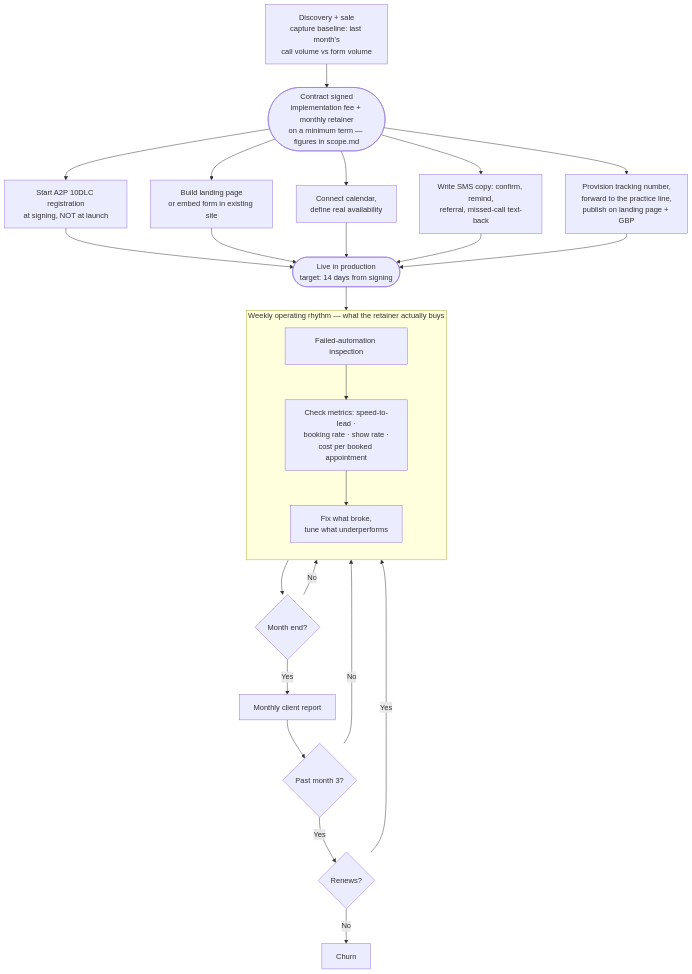
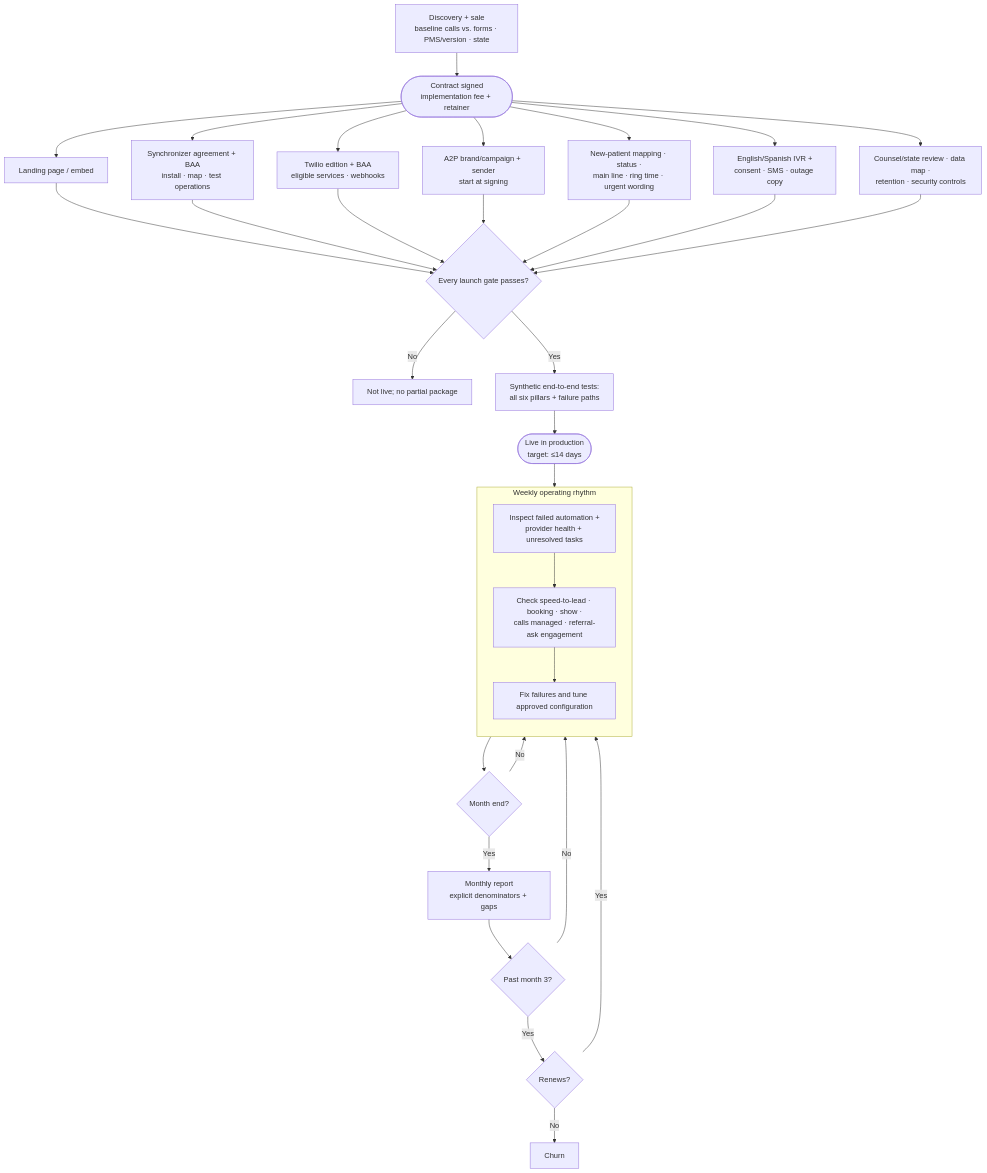
One commit to sequence-bridge/internal changed the third of 3 diagrams in out/flows.md. Above: the diagram before and after it, drawn with Mermaid. The commit also changed other lines of this file and 9 other files, not shown here.

Commit message:
docs: define v1 booking and phone contract

````diff
--- a/out/flows.md
+++ b/out/flows.md
@@ -125,35 +152,42 @@
 ```mermaid
 flowchart TD
-    subgraph rhythm["Weekly operating rhythm — what the retainer actually buys"]
+    SALE["Discovery + sale<br/>baseline calls vs. forms · PMS/version · state"] --> SIGN(["Contract signed<br/>implementation fee + retainer"])
+
+    SIGN --> PAGE["Landing page / embed"]
+    SIGN --> SYNC["Synchronizer agreement + BAA<br/>install · map · test operations"]
+    SIGN --> TWILIO["Twilio edition + BAA<br/>eligible services · webhooks"]
+    SIGN --> A2P["A2P brand/campaign + sender<br/>start at signing"]
+    SIGN --> CONFIG["New-patient mapping · status ·<br/>main line · ring time · urgent wording"]
+    SIGN --> COPY["English/Spanish IVR +<br/>consent · SMS · outage copy"]
+    SIGN --> COMPLY["Counsel/state review · data map ·<br/>retention · security controls"]
+
+    READY{"Every launch gate passes?"}
+    PAGE --> READY
+    SYNC --> READY
+    TWILIO --> READY
+    A2P --> READY
+    CONFIG --> READY
+    COPY --> READY
+    COMPLY --> READY
+    READY -->|"No"| BLOCK["Not live; no partial package"]
+    READY -->|"Yes"| TEST["Synthetic end-to-end tests:<br/>all six pillars + failure paths"]
+    TEST --> LAUNCH(["Live in production<br/>target: ≤14 days"])
+
+    subgraph rhythm["Weekly operating rhythm"]
         direction TB
-        INSPECT["Failed-automation inspection"]
-        METRICS["Check metrics: speed-to-lead ·<br/>booking rate · show rate ·<br/>cost per booked appointment"]
-        FIX["Fix what broke,<br/>tune what underperforms"]
+        INSPECT["Inspect failed automation +<br/>provider health + unresolved tasks"]
+        METRICS["Check speed-to-lead · booking · show ·<br/>calls managed · referral-ask engagement"]
+        FIX["Fix failures and tune approved configuration"]
         INSPECT --> METRICS --> FIX
     end
-
-    SALE["Discovery + sale<br/>capture baseline: last month's<br/>call volume vs form volume"] --> SIGN(["Contract signed<br/>implementation fee + monthly retainer<br/>on a minimum term — figures in scope.md"])
-
-    SIGN --> A2P["Start A2P 10DLC registration<br/>at signing, NOT at launch"]
-    SIGN --> PAGE["Build landing page<br/>or embed form in existing site"]
-    SIGN --> CALCON["Connect calendar,<br/>define real availability"]
-    SIGN --> COPY["Write SMS copy: confirm, remind,<br/>referral, missed-call text-back"]
-    SIGN --> NUM["Provision tracking number,<br/>forward to the practice line,<br/>publish on landing page + GBP"]
-
-    LAUNCH(["Live in production<br/>target: 14 days from signing"])
-    A2P --> LAUNCH
-    PAGE --> LAUNCH
-    CALCON --> LAUNCH
-    COPY --> LAUNCH
-    NUM --> LAUNCH
 
     LAUNCH --> INSPECT
     FIX --> MONTH{"Month end?"}
     MONTH -->|"No"| INSPECT
-    MONTH -->|"Yes"| REPORT["Monthly client report"]
+    MONTH -->|"Yes"| REPORT["Monthly report<br/>explicit denominators + gaps"]
     REPORT --> M3{"Past month 3?"}
     M3 -->|"No"| INSPECT
-    M3 -->|"Yes"| DECIDE{"Renews?"}
-    DECIDE -->|"Yes"| INSPECT
-    DECIDE -->|"No"| CHURN["Churn"]
+    M3 -->|"Yes"| RENEW{"Renews?"}
+    RENEW -->|"Yes"| INSPECT
+    RENEW -->|"No"| CHURN["Churn"]
 ```
````
